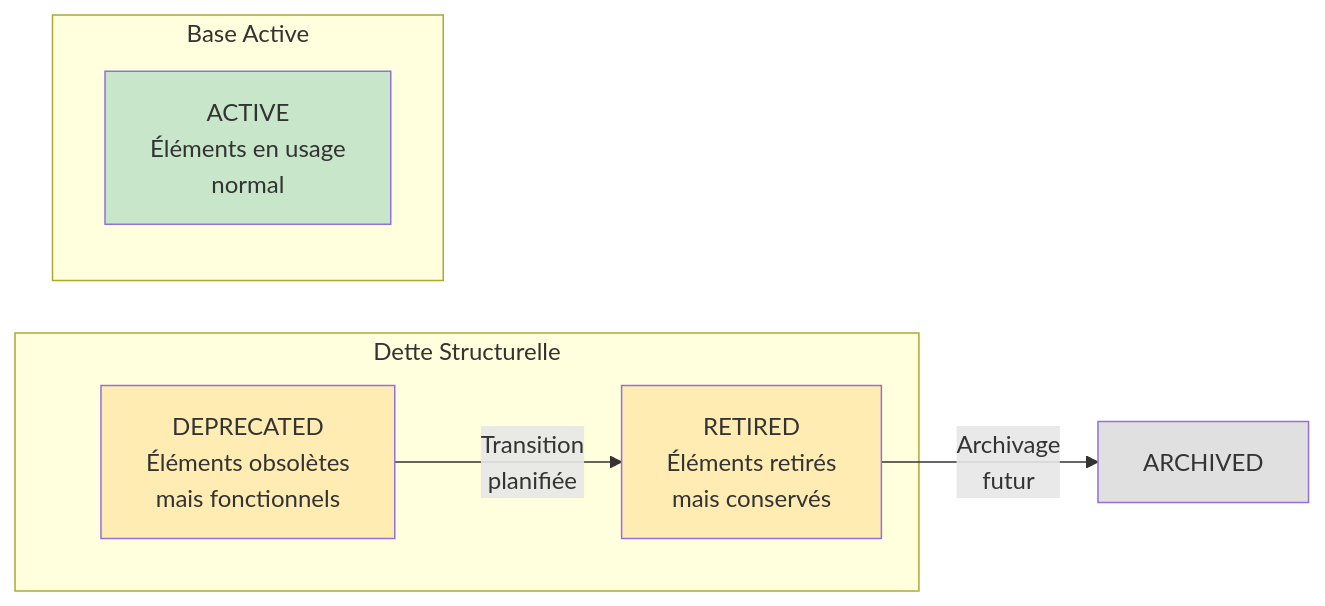
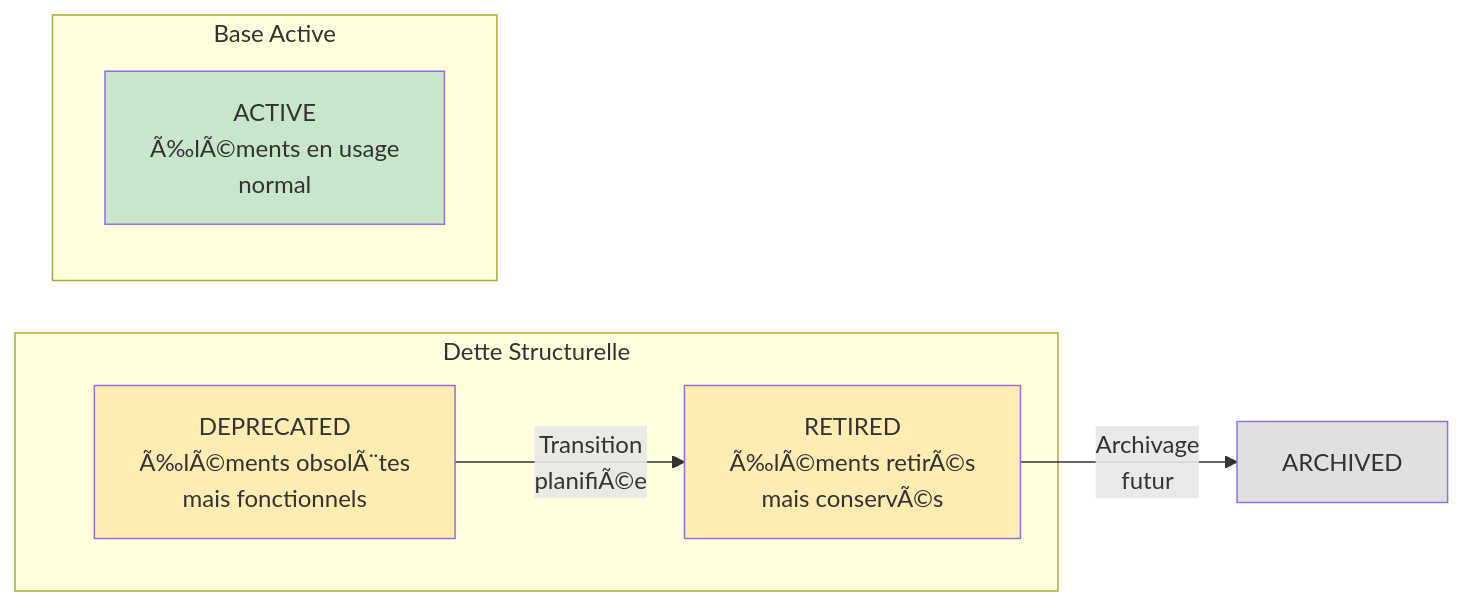
The first of 3 diagrams in docs/cores/EverBuddy/contracts/observability/Ever Buddy - Debt Tracking Contract.md (StudioMiyukini/miyukini_cog), drawn with Mermaid before and after one commit. The commit also changed other lines of this file and 1287 other files, not shown here.

````diff
--- a/docs/cores/EverBuddy/contracts/observability/Ever Buddy - Debt Tracking Contract.md
+++ b/docs/cores/EverBuddy/contracts/observability/Ever Buddy - Debt Tracking Contract.md
@@ -40,22 +40,22 @@
 ```mermaid
 graph LR
     subgraph DettesStructurelle[Dette Structurelle]
-        DEP[DEPRECATED<br/>Éléments obsolètes<br/>mais fonctionnels]
-        RET[RETIRED<br/>Éléments retirés<br/>mais conservés]
+        DEP[DEPRECATED<br/>Ã‰lÃ©ments obsolÃ¨tes<br/>mais fonctionnels]
+        RET[RETIRED<br/>Ã‰lÃ©ments retirÃ©s<br/>mais conservÃ©s]
     end
     
     subgraph Actifs[Base Active]
-        ACT[ACTIVE<br/>Éléments en usage<br/>normal]
+        ACT[ACTIVE<br/>Ã‰lÃ©ments en usage<br/>normal]
     end
     
-    DEP -->|"Transition<br/>planifiée"| RET
+    DEP -->|"Transition<br/>planifiÃ©e"| RET
     RET -->|"Archivage<br/>futur"| ARC[ARCHIVED]
     
     classDef debt fill:#ffecb3
     classDef active fill:#c8e6c9
     classDef archived fill:#e0e0e0
     
     class DEP,RET debt
     class ACT active
     class ARC archived
 ```
````
